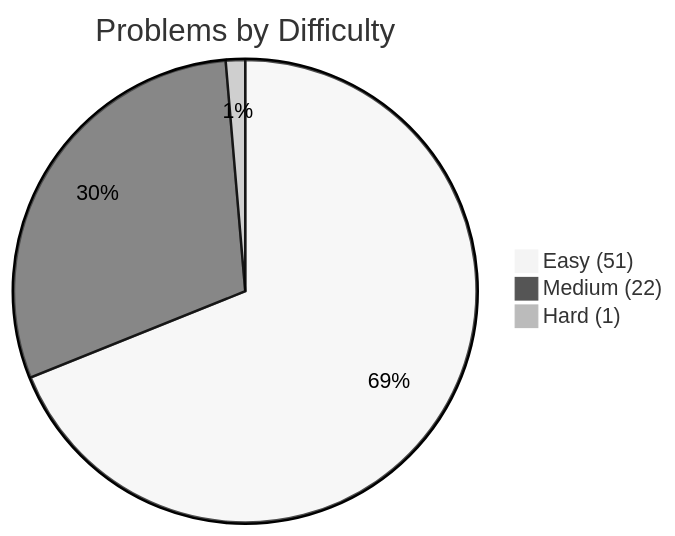
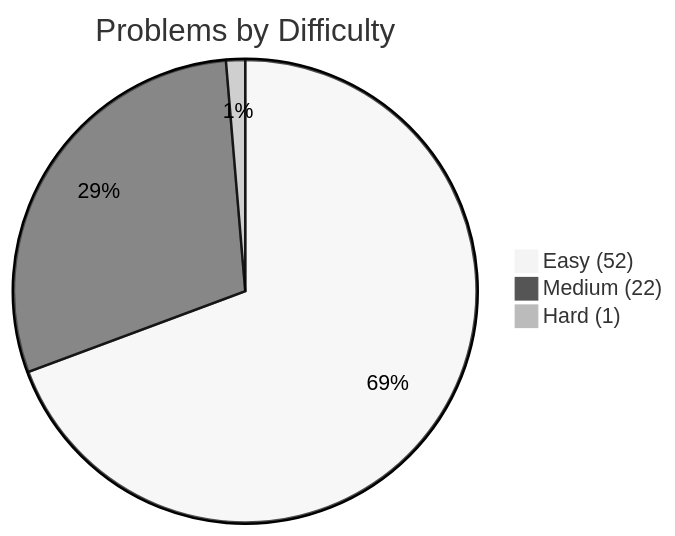
One commit to kanishk-procoder/leetcode-grind changed the first of 2 diagrams in PROGRESS.md. Above: the diagram before and after it, drawn with Mermaid (neutral theme). The commit also changed other lines of this file and 4 other files, not shown here.

````diff
--- a/PROGRESS.md
+++ b/PROGRESS.md
@@ -5,6 +5,6 @@
 ```mermaid
 pie title Problems by Difficulty
-    "Easy (51)" : 51
+    "Easy (52)" : 52
     "Medium (22)" : 22
     "Hard (1)" : 1
 ```
````
